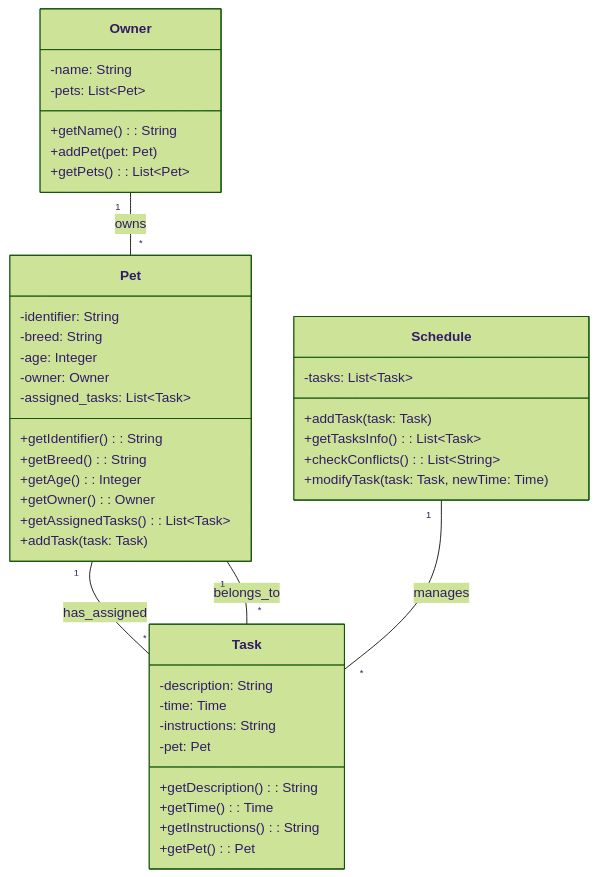
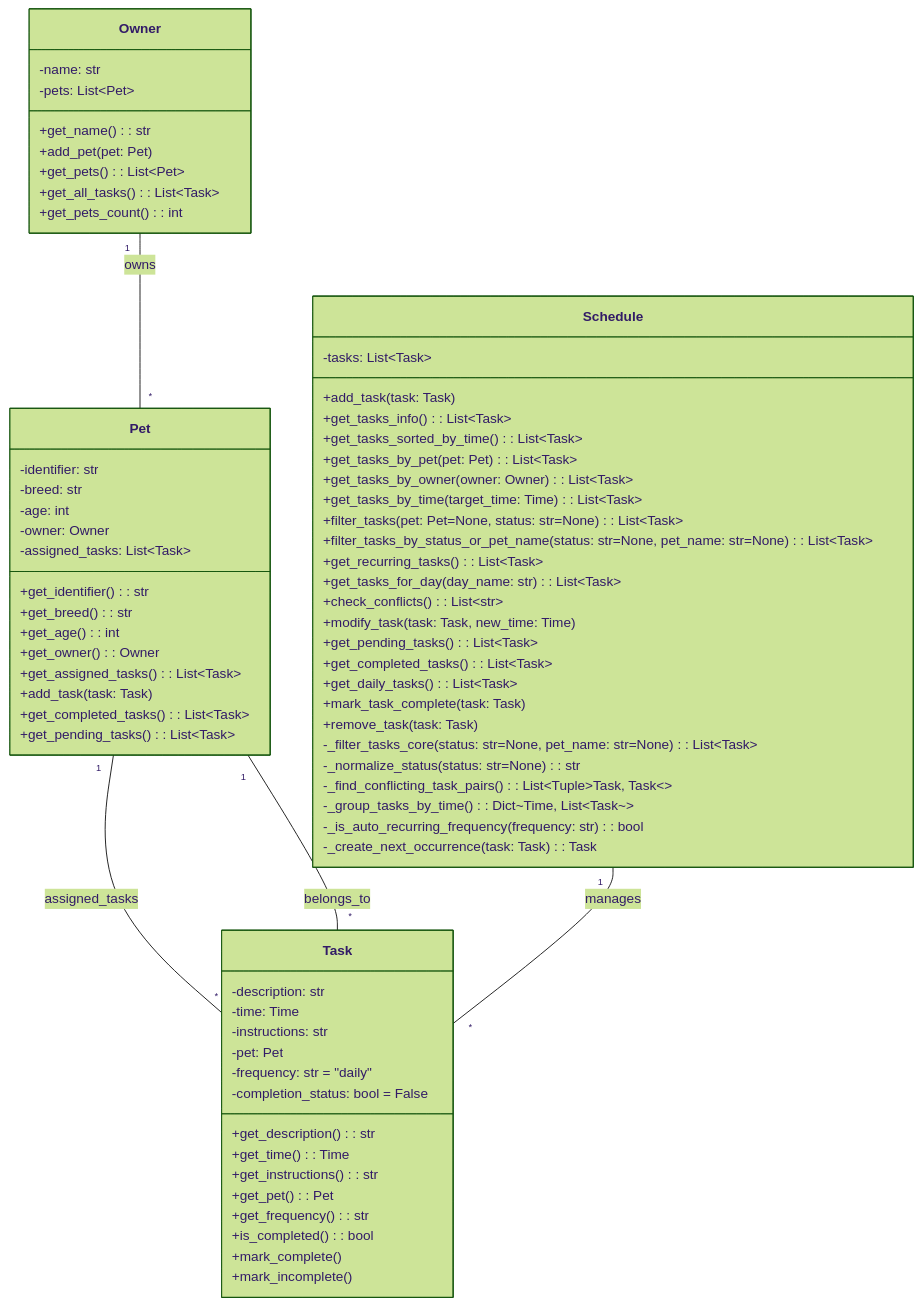
The diagram in CLASS_DIAGRAM.md (Notsnpr/ai110-module2show-pawpal-starter), drawn with Mermaid (forest theme) before and after one commit. The commit also changed other lines of this file and 5 other files, not shown here.

Commit message:
feat: update class diagram and README with new features, enhance task management in app.py, and add demo assets

````diff
--- a/CLASS_DIAGRAM.md
+++ b/CLASS_DIAGRAM.md
@@ -5,48 +5,78 @@
 ```mermaid
 classDiagram
     class Owner {
-        -name: String
+        -name: str
         -pets: List~Pet~
-        +getName(): String
-        +addPet(pet: Pet)
-        +getPets(): List~Pet~
+        +get_name(): str
+        +add_pet(pet: Pet)
+        +get_pets(): List~Pet~
+        +get_all_tasks(): List~Task~
+        +get_pets_count(): int
     }
     
     class Pet {
-        -identifier: String
-        -breed: String
-        -age: Integer
+        -identifier: str
+        -breed: str
+        -age: int
         -owner: Owner
         -assigned_tasks: List~Task~
-        +getIdentifier(): String
-        +getBreed(): String
-        +getAge(): Integer
-        +getOwner(): Owner
-        +getAssignedTasks(): List~Task~
-        +addTask(task: Task)
+        +get_identifier(): str
+        +get_breed(): str
+        +get_age(): int
+        +get_owner(): Owner
+        +get_assigned_tasks(): List~Task~
+        +add_task(task: Task)
+        +get_completed_tasks(): List~Task~
+        +get_pending_tasks(): List~Task~
     }
     
     class Task {
-        -description: String
+        -description: str
         -time: Time
-        -instructions: String
+        -instructions: str
         -pet: Pet
-        +getDescription(): String
-        +getTime(): Time
-        +getInstructions(): String
-        +getPet(): Pet
+        -frequency: str = "daily"
+        -completion_status: bool = False
+        +get_description(): str
+        +get_time(): Time
+        +get_instructions(): str
+        +get_pet(): Pet
+        +get_frequency(): str
+        +is_completed(): bool
+        +mark_complete()
+        +mark_incomplete()
     }
     
     class Schedule {
         -tasks: List~Task~
-        +addTask(task: Task)
-        +getTasksInfo(): List~Task~
-        +checkConflicts(): List~String~
-        +modifyTask(task: Task, newTime: Time)
+        +add_task(task: Task)
+        +get_tasks_info(): List~Task~
+        +get_tasks_sorted_by_time(): List~Task~
+        +get_tasks_by_pet(pet: Pet): List~Task~
+        +get_tasks_by_owner(owner: Owner): List~Task~
+        +get_tasks_by_time(target_time: Time): List~Task~
+        +filter_tasks(pet: Pet=None, status: str=None): List~Task~
+        +filter_tasks_by_status_or_pet_name(status: str=None, pet_name: str=None): List~Task~
+        +get_recurring_tasks(): List~Task~
+        +get_tasks_for_day(day_name: str): List~Task~
+        +check_conflicts(): List~str~
+        +modify_task(task: Task, new_time: Time)
+        +get_pending_tasks(): List~Task~
+        +get_completed_tasks(): List~Task~
+        +get_daily_tasks(): List~Task~
+        +mark_task_complete(task: Task)
+        +remove_task(task: Task)
+
+        -_filter_tasks_core(status: str=None, pet_name: str=None): List~Task~
+        -_normalize_status(status: str=None): str
+        -_find_conflicting_task_pairs(): List~Tuple~Task, Task~~
+        -_group_tasks_by_time(): Dict~Time, List~Task~~
+        -_is_auto_recurring_frequency(frequency: str): bool
+        -_create_next_occurrence(task: Task): Task
     }
     
     Owner "1" -- "*" Pet : owns
-    Pet "1" -- "*" Task : has_assigned
+    Pet "1" -- "*" Task : assigned_tasks
     Task "*" -- "1" Pet : belongs_to
     Schedule "1" -- "*" Task : manages
 ```
````
